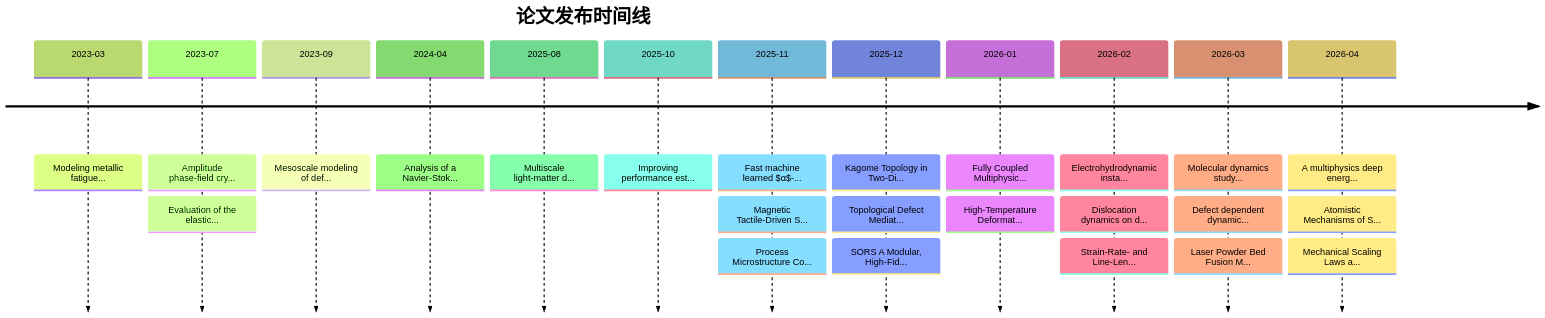
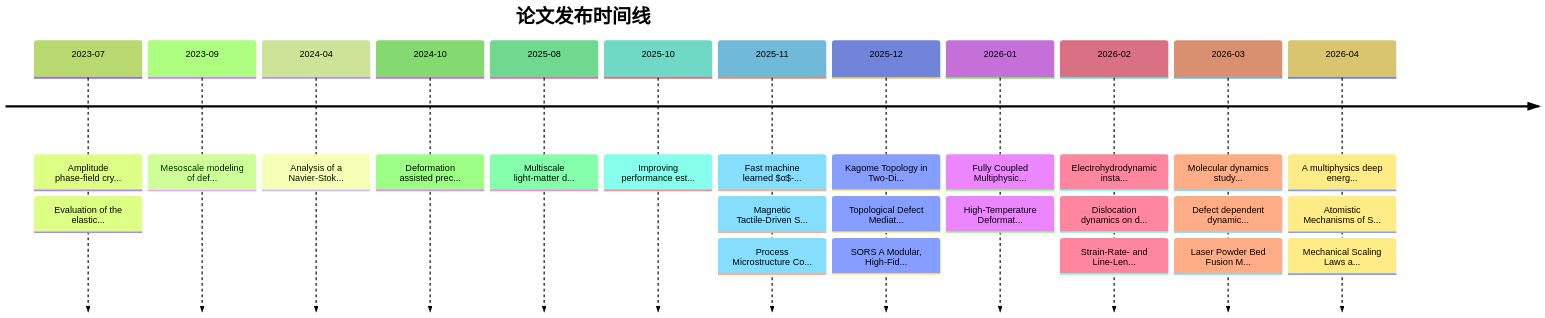
The second of 2 diagrams in reports/knowledge_graph.md (Shirakawa11111/BJK_readpaper), drawn with Mermaid (forest theme) before and after one commit. The commit also changed other lines of this file and 11 other files, not shown here.

````diff
--- a/reports/knowledge_graph.md
+++ b/reports/knowledge_graph.md
@@ -119,16 +119,16 @@
 ```mermaid
 timeline
     title 论文发布时间线
-    2023-03 : Modeling metallic fatigue...
     2023-07 : Amplitude phase-field cry... : Evaluation of the elastic...
     2023-09 : Mesoscale modeling of def...
     2024-04 : Analysis of a Navier-Stok...
+    2024-10 : Deformation assisted prec...
     2025-08 : Multiscale light-matter d...
     2025-10 : Improving performance est...
     2025-11 : Fast machine learned $α$-... : Magnetic Tactile-Driven S... : Process Microstructure Co...
     2025-12 : Kagome Topology in Two-Di... : Topological Defect Mediat... : SORS A Modular, High-Fid...
     2026-01 : Fully Coupled Multiphysic... : High-Temperature Deformat...
     2026-02 : Electrohydrodynamic insta... : Dislocation dynamics on d... : Strain-Rate- and Line-Len...
     2026-03 : Molecular dynamics study... : Defect dependent dynamic... : Laser Powder Bed Fusion M...
     2026-04 : A multiphysics deep energ... : Atomistic Mechanisms of S... : Mechanical Scaling Laws a...
 ```
````
